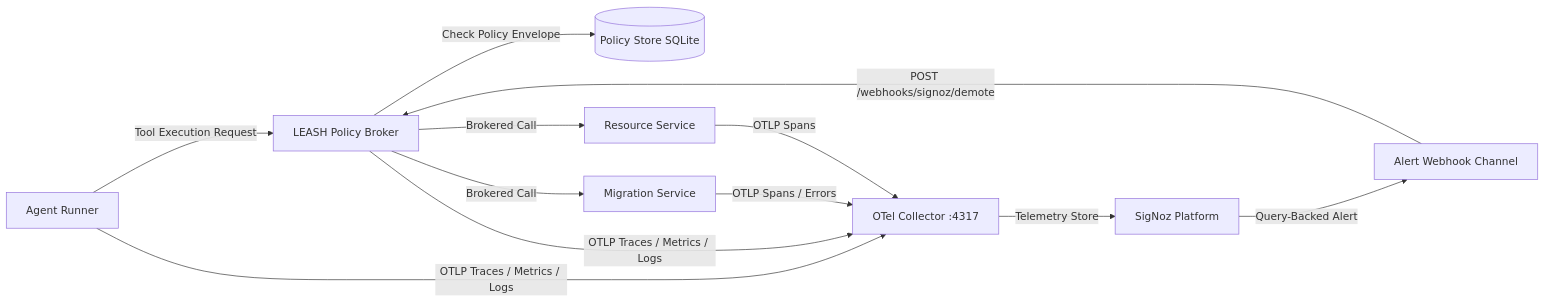
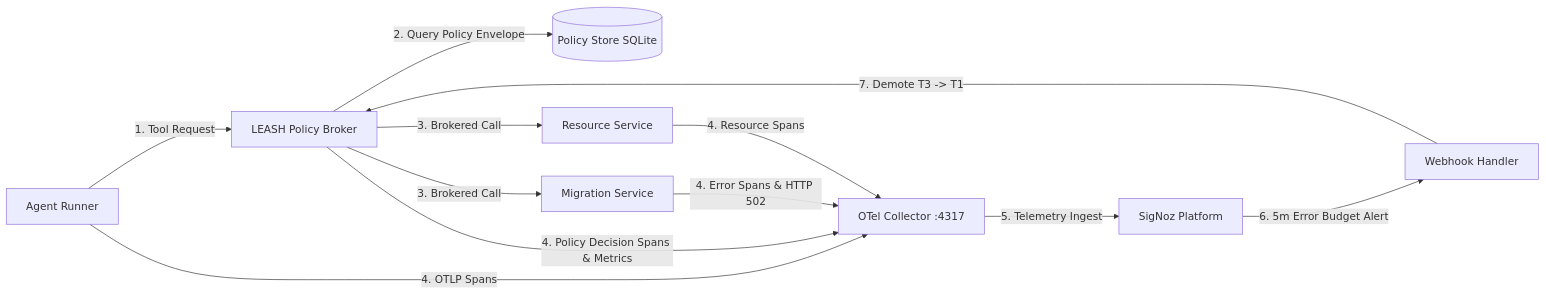
One commit to Vaibhav13Shukla/LEASH changed the diagram in README.md. Above: the diagram before and after it, drawn with Mermaid. The commit also changed other lines of this file, not shown here.

````diff
--- a/README.md
+++ b/README.md
@@ -57,14 +75,14 @@
 ```mermaid
 flowchart LR
-    A[Agent Runner] -->|Tool Execution Request| B[LEASH Policy Broker]
-    B -->|Check Policy Envelope| DB[(Policy Store SQLite)]
-    B -->|Brokered Call| M[Migration Service]
-    B -->|Brokered Call| R[Resource Service]
-    A -->|OTLP Traces / Metrics / Logs| O[OTel Collector :4317]
-    B -->|OTLP Traces / Metrics / Logs| O
-    M -->|OTLP Spans / Errors| O
-    R -->|OTLP Spans| O
-    O -->|Telemetry Store| S[SigNoz Platform]
-    S -->|Query-Backed Alert| W[Alert Webhook Channel]
-    W -->|POST /webhooks/signoz/demote| B
+    A[Agent Runner] -->|1. Tool Request| B[LEASH Policy Broker]
+    B -->|2. Query Policy Envelope| DB[(Policy Store SQLite)]
+    B -->|3. Brokered Call| M[Migration Service]
+    B -->|3. Brokered Call| R[Resource Service]
+    A -->|4. OTLP Spans| O[OTel Collector :4317]
+    B -->|4. Policy Decision Spans & Metrics| O
+    M -->|4. Error Spans & HTTP 502| O
+    R -->|4. Resource Spans| O
+    O -->|5. Telemetry Ingest| S[SigNoz Platform]
+    S -->|6. 5m Error Budget Alert| W[Webhook Handler]
+    W -->|7. Demote T3 -> T1| B
 ```
````
